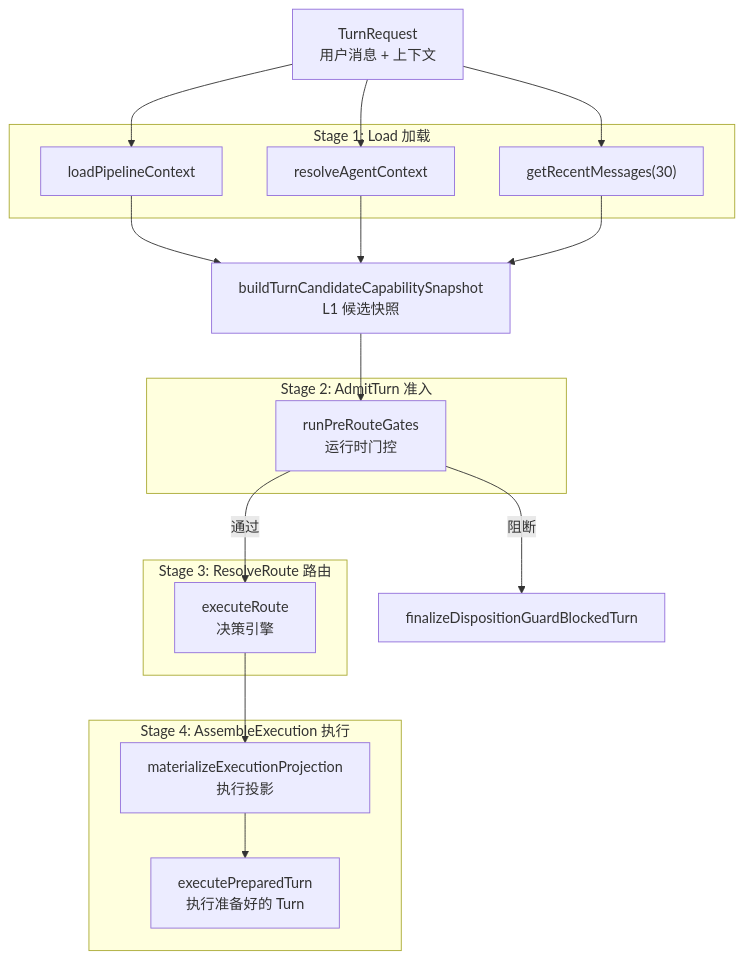
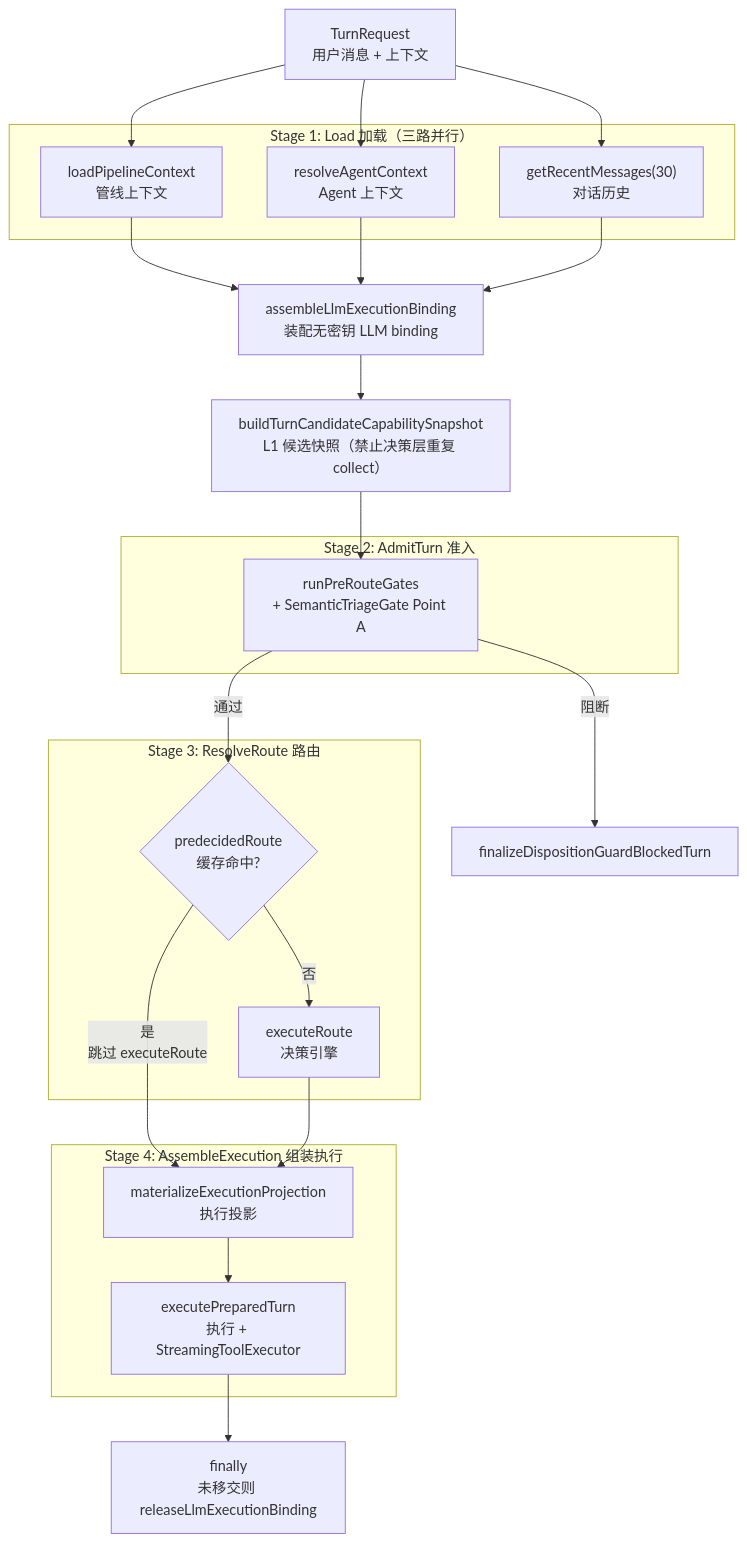
One commit to GGwujun/deep-dive-winmatrix changed the first of 4 diagrams in src/part4-agent/ch11-turn-runner.md. Above: the diagram before and after it, drawn with Mermaid. The commit also changed other lines of this file and 35 other files, not shown here.

````diff
--- a/src/part4-agent/ch11-turn-runner.md
+++ b/src/part4-agent/ch11-turn-runner.md
@@ -58,37 +106,41 @@
 ```mermaid
 graph TB
     REQ["TurnRequest<br/>用户消息 + 上下文"]
 
-    subgraph "Stage 1: Load 加载"
-        L1["loadPipelineContext"]
-        L2["resolveAgentContext"]
-        L3["getRecentMessages(30)"]
+    subgraph "Stage 1: Load 加载（三路并行）"
+        L1["loadPipelineContext<br/>管线上下文"]
+        L2["resolveAgentContext<br/>Agent 上下文"]
+        L3["getRecentMessages(30)<br/>对话历史"]
     end
 
-    SNAP["buildTurnCandidateCapabilitySnapshot<br/>L1 候选快照"]
+    BIND["assembleLlmExecutionBinding<br/>装配无密钥 LLM binding"]
+    SNAP["buildTurnCandidateCapabilitySnapshot<br/>L1 候选快照（禁止决策层重复 collect）"]
 
     subgraph "Stage 2: AdmitTurn 准入"
-        GATE["runPreRouteGates<br/>运行时门控"]
+        GATE["runPreRouteGates<br/>+ SemanticTriageGate Point A"]
     end
 
     subgraph "Stage 3: ResolveRoute 路由"
+        PRE{"predecidedRoute<br/>缓存命中?"}
         ROUTE["executeRoute<br/>决策引擎"]
     end
 
-    subgraph "Stage 4: AssembleExecution 执行"
+    subgraph "Stage 4: AssembleExecution 组装执行"
         PROJ["materializeExecutionProjection<br/>执行投影"]
-        EXEC["executePreparedTurn<br/>执行准备好的 Turn"]
+        EXEC["executePreparedTurn<br/>执行 + StreamingToolExecutor"]
     end
 
-    REQ --> L1
-    REQ --> L2
-    REQ --> L3
-    L1 --> SNAP
-    L2 --> SNAP
-    L3 --> SNAP
+    FINALLY["finally<br/>未移交则 releaseLlmExecutionBinding"]
+
+    REQ --> L1 & L2 & L3
+    L1 & L2 & L3 --> BIND
+    BIND --> SNAP
     SNAP --> GATE
-    GATE -->|"通过"| ROUTE
-    GATE -->|"阻断"| DISPOSITION["finalizeDispositionGuardBlockedTurn"]
+    GATE -->|"通过"| PRE
+    GATE -->|"阻断"| DISP["finalizeDispositionGuardBlockedTurn"]
+    PRE -->|"是<br/>跳过 executeRoute"| PROJ
+    PRE -->|"否"| ROUTE
     ROUTE --> PROJ
     PROJ --> EXEC
+    EXEC --> FINALLY
 ```
````
